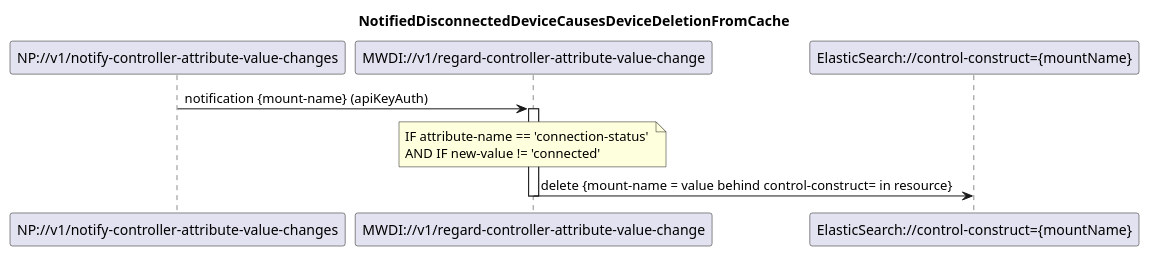
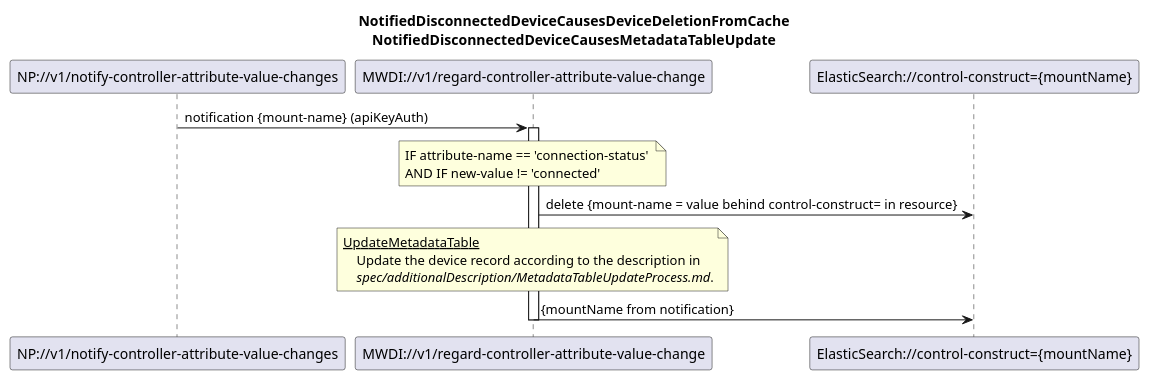
Before and after one commit to openBackhaul/MicroWaveDeviceInventory: the diagram in spec/diagrams/021_NotificationBasedDeviceListSyncDelete.plantuml, drawn with PlantUML. The commit also changed 25 other files, not shown here.

```diff
--- a/spec/diagrams/021_NotificationBasedDeviceListSyncDelete.plantuml
+++ b/spec/diagrams/021_NotificationBasedDeviceListSyncDelete.plantuml
@@ -1,21 +1,35 @@
 @startuml 021_NotificationBasedDeviceListSyncDelete
 skinparam responseMessageBelowArrow true
 
-title  NotifiedDisconnectedDeviceCausesDeviceDeletionFromCache
+title  
+  NotifiedDisconnectedDeviceCausesDeviceDeletionFromCache
+  NotifiedDisconnectedDeviceCausesMetadataTableUpdate
+end title
 
 participant "NP://v1/notify-controller-attribute-value-changes" as subscription
 participant "MWDI://v1/regard-controller-attribute-value-change" as regardDisconnectedDevice
 participant "ElasticSearch://control-construct={mountName}" as es
+participant "ElasticSearch\n(metadataTable)" as es
 
 subscription -> regardDisconnectedDevice: notification {mount-name} (apiKeyAuth)
 activate regardDisconnectedDevice
 
 note over regardDisconnectedDevice
 IF attribute-name == 'connection-status' 
 AND IF new-value != 'connected'
 end note
 
 regardDisconnectedDevice -> es: delete {mount-name = value behind control-construct= in resource}
+
+
+note over regardDisconnectedDevice
+  <u>UpdateMetadataTable</u>
+      Update the device record according to the description in
+      <i>spec/additionalDescription/MetadataTableUpdateProcess.md</i>.
+end note
+regardDisconnectedDevice -> es: {mountName from notification}
+
+
 deactivate regardDisconnectedDevice
 
 @enduml
```
